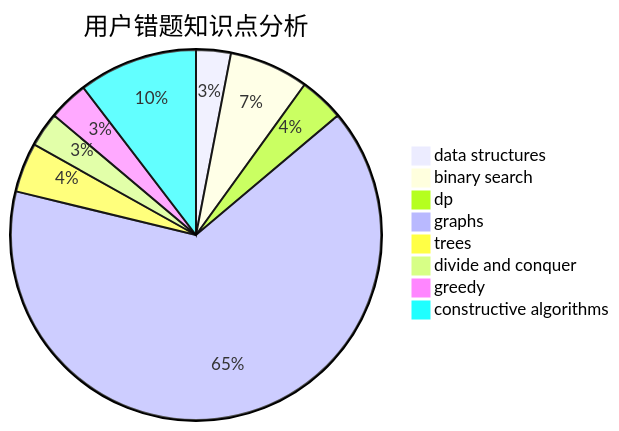
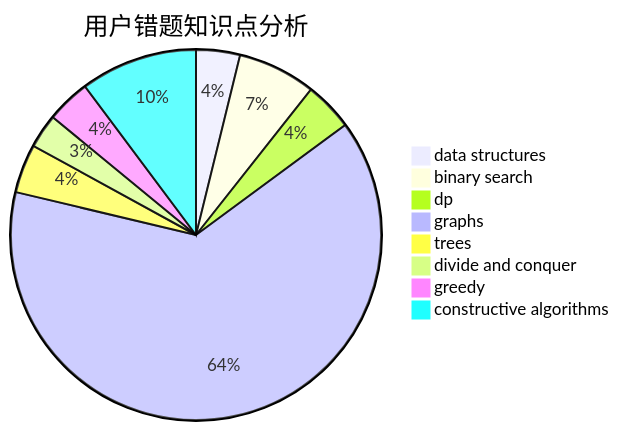
Before and after one commit to sherpahu/cfrs.github.io: the third of 3 diagrams in docs/user/u1924.md, drawn with Mermaid. The commit also changed other lines of this file and 2770 other files, not shown here.

````diff
--- a/docs/user/u1924.md
+++ b/docs/user/u1924.md
@@ -36,11 +36,11 @@
 ```mermaid
 pie title 用户错题知识点分析
-    "data structures" :  7
+    "data structures" :  9
     "binary search" :  16
-    "dp" :  9
+    "dp" :  10
     "graphs" :  150
     "trees" :  10
     "divide and conquer" :  7
-    "greedy" :  8
+    "greedy" :  9
     "constructive algorithms" :  24
 ```
````
